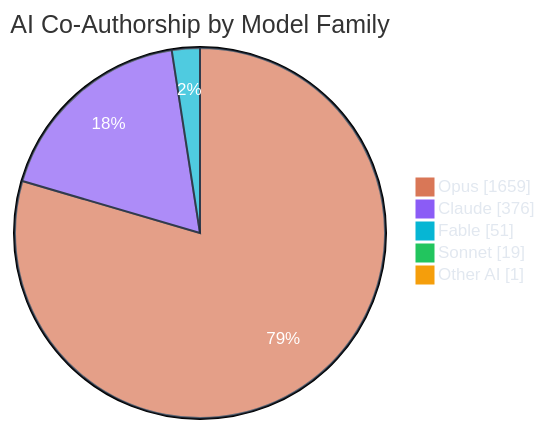
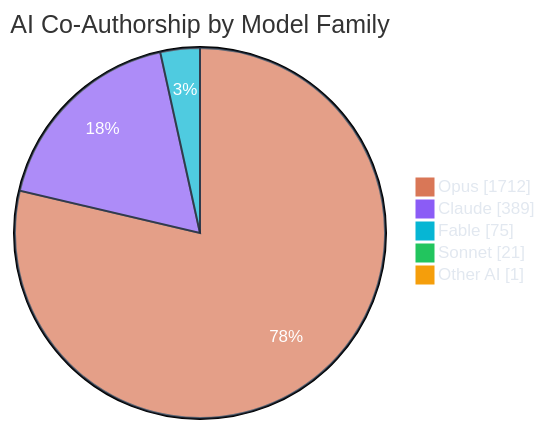
The third of 7 diagrams in README.md (polo-nyan/polo-nyan), drawn with Mermaid before and after one commit. The commit also changed other lines of this file and 1 other file, not shown here.

````diff
--- a/README.md
+++ b/README.md
@@ -279,10 +279,10 @@
 ```mermaid
 %%{init: {"theme": "base", "themeVariables": { "pie1": "#d97757", "pie2": "#8b5cf6", "pie3": "#06b6d4", "pie4": "#22c55e", "pie5": "#f59e0b", "pie6": "#ec4899", "pieTextColor": "#ffffff", "pieLegendTextColor": "#e2e8f0", "pieSectionTextColor": "#ffffff", "pieStrokeColor": "#1e293b" }}}%%
 pie showData
     title AI Co-Authorship by Model Family
-    "Opus" : 1659
-    "Claude" : 376
-    "Fable" : 51
-    "Sonnet" : 19
+    "Opus" : 1712
+    "Claude" : 389
+    "Fable" : 75
+    "Sonnet" : 21
     "Other AI" : 1
 ```
````
